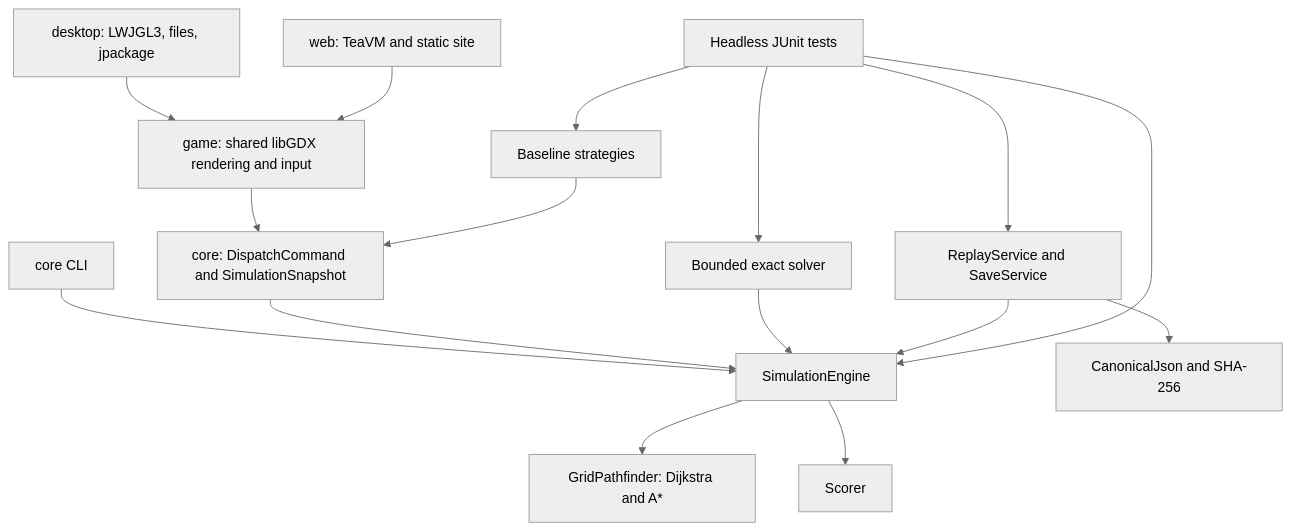
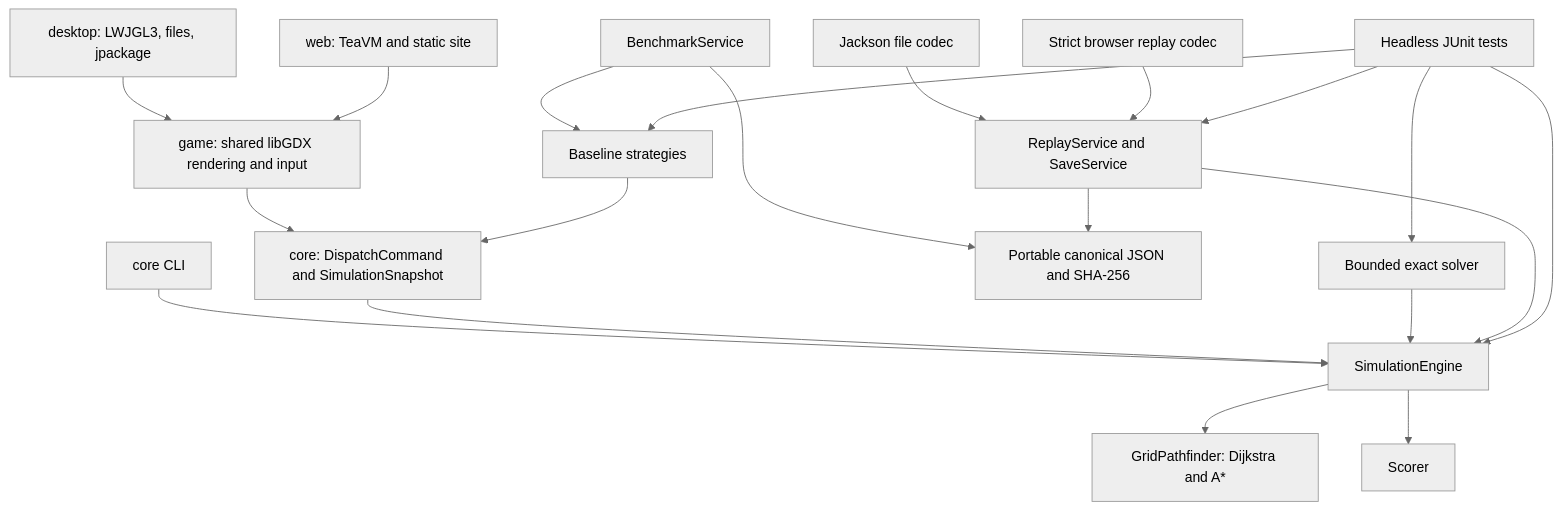
One commit to b2ty9t7yhz-source/depotreplay changed the first of 2 diagrams in docs/architecture.md. Above: the diagram before and after it, drawn with Mermaid (neutral theme). The commit also changed other lines of this file and 35 other files, not shown here.

````diff
--- a/docs/architecture.md
+++ b/docs/architecture.md
@@ -9,18 +9,22 @@
 ```mermaid
 flowchart TD
     DESKTOP["desktop: LWJGL3, files, jpackage"] --> UI["game: shared libGDX rendering and input"]
     WEB["web: TeaVM and static site"] --> UI
     UI --> API["core: DispatchCommand and SimulationSnapshot"]
     CLI["core CLI"] --> ENGINE["SimulationEngine"]
     API --> ENGINE
     STRATEGY["Baseline strategies"] --> API
+    BENCHMARK["BenchmarkService"] --> STRATEGY
+    BENCHMARK --> CANON
     EXACT["Bounded exact solver"] --> ENGINE
     ENGINE --> PATH["GridPathfinder: Dijkstra and A*"]
     ENGINE --> SCORE["Scorer"]
     REPLAY["ReplayService and SaveService"] --> ENGINE
-    REPLAY --> CANON["CanonicalJson and SHA-256"]
+    REPLAY --> CANON["Portable canonical JSON and SHA-256"]
+    FILES["Jackson file codec"] --> REPLAY
+    BROWSER_CODEC["Strict browser replay codec"] --> REPLAY
     TESTS["Headless JUnit tests"] --> ENGINE
     TESTS --> STRATEGY
     TESTS --> EXACT
     TESTS --> REPLAY
 ```
````
